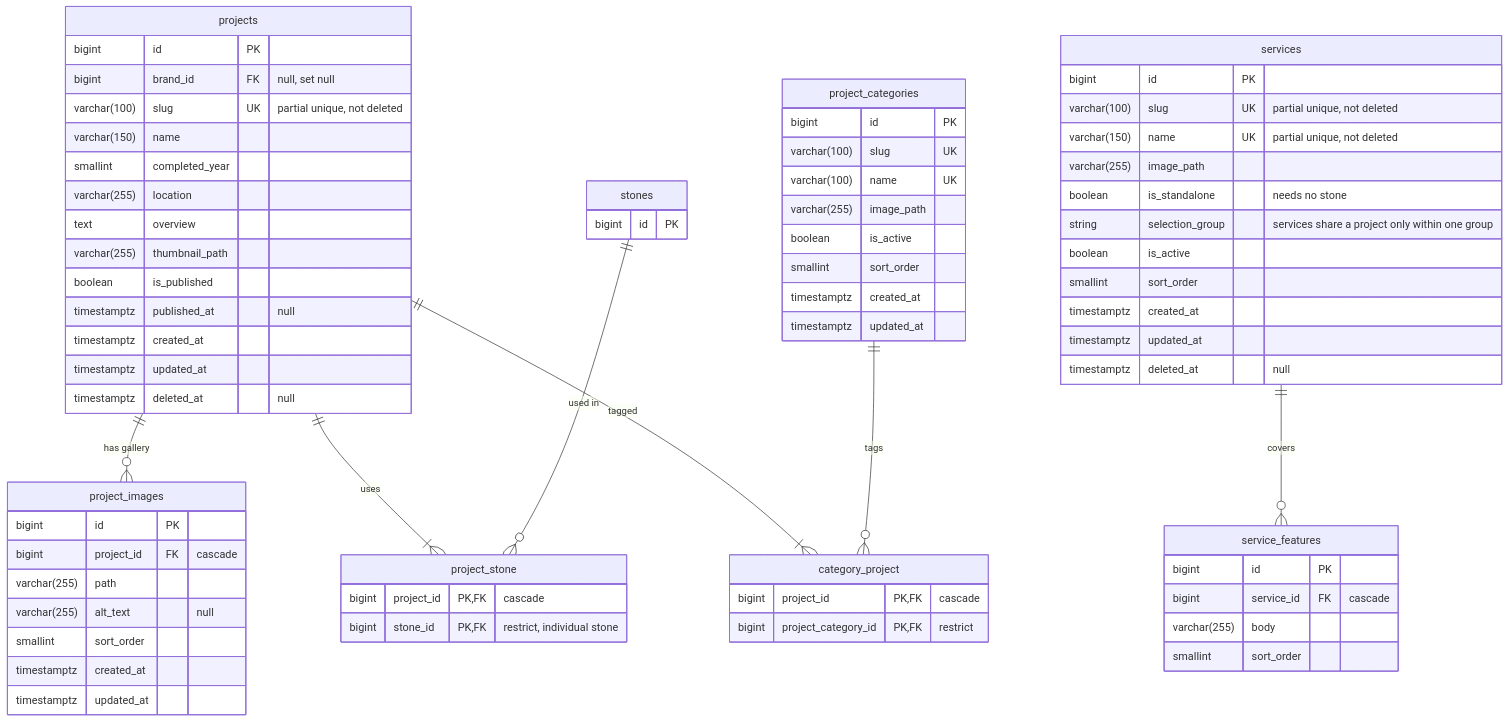
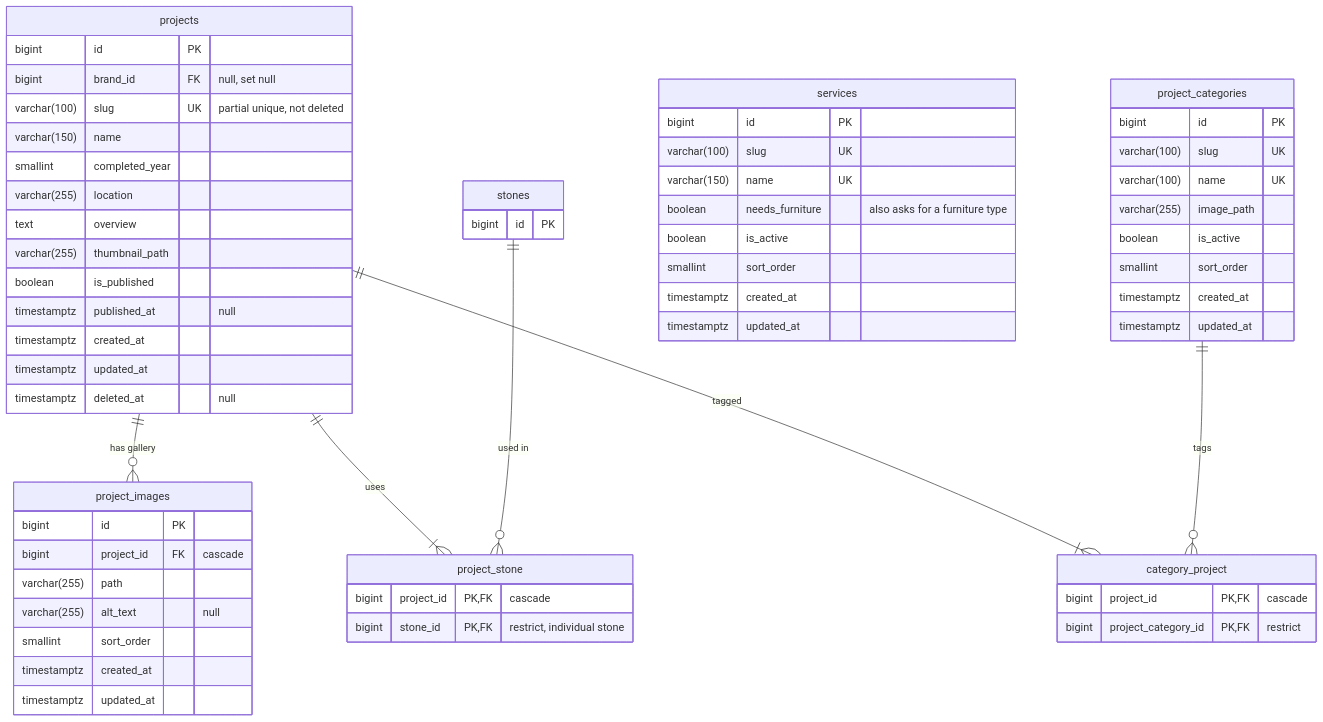
One commit to regraystone/regray changed the third of 5 diagrams in docs/database/regray-erd.md. Above: the diagram before and after it, drawn with Mermaid. The commit also changed other lines of this file and 125 other files, not shown here.

````diff
--- a/docs/database/regray-erd.md
+++ b/docs/database/regray-erd.md
@@ -306,74 +316,64 @@
 ```mermaid
 erDiagram
     projects {
         bigint id PK
         bigint brand_id FK "null, set null"
         varchar(100) slug UK "partial unique, not deleted"
         varchar(150) name
         smallint completed_year
         varchar(255) location
         text overview
         varchar(255) thumbnail_path
         boolean is_published
         timestamptz published_at "null"
         timestamptz created_at
         timestamptz updated_at
         timestamptz deleted_at "null"
     }
     project_images {
         bigint id PK
         bigint project_id FK "cascade"
         varchar(255) path
         varchar(255) alt_text "null"
         smallint sort_order
         timestamptz created_at
         timestamptz updated_at
     }
     project_stone {
         bigint project_id PK, FK "cascade"
         bigint stone_id PK, FK "restrict, individual stone"
     }
     project_categories {
         bigint id PK
         varchar(100) slug UK
         varchar(100) name UK
         varchar(255) image_path
         boolean is_active
         smallint sort_order
         timestamptz created_at
         timestamptz updated_at
     }
     category_project {
         bigint project_id PK, FK "cascade"
         bigint project_category_id PK, FK "restrict"
     }
     services {
         bigint id PK
-        varchar(100) slug UK "partial unique, not deleted"
-        varchar(150) name UK "partial unique, not deleted"
-        varchar(255) image_path
-        boolean is_standalone "needs no stone"
-        string selection_group "services share a project only within one group"
+        varchar(100) slug UK
+        varchar(150) name UK
+        boolean needs_furniture "also asks for a furniture type"
         boolean is_active
         smallint sort_order
         timestamptz created_at
         timestamptz updated_at
-        timestamptz deleted_at "null"
-    }
-    service_features {
-        bigint id PK
-        bigint service_id FK "cascade"
-        varchar(255) body
-        smallint sort_order
     }
     stones {
         bigint id PK
     }
 
     projects ||--o{ project_images : "has gallery"
     projects ||--|{ project_stone : "uses"
     stones ||--o{ project_stone : "used in"
     projects ||--|{ category_project : "tagged"
     project_categories ||--o{ category_project : "tags"
-    services ||--o{ service_features : "covers"
 ```
````
